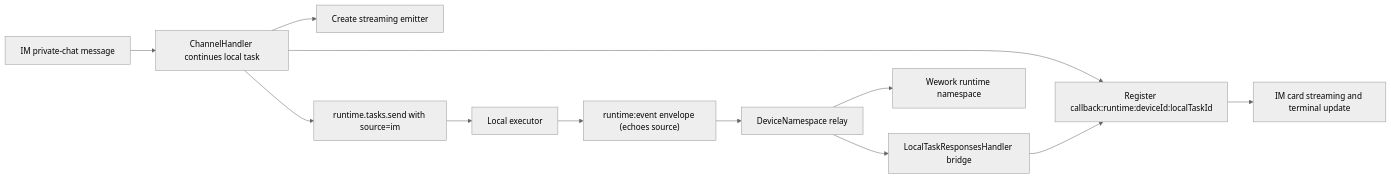
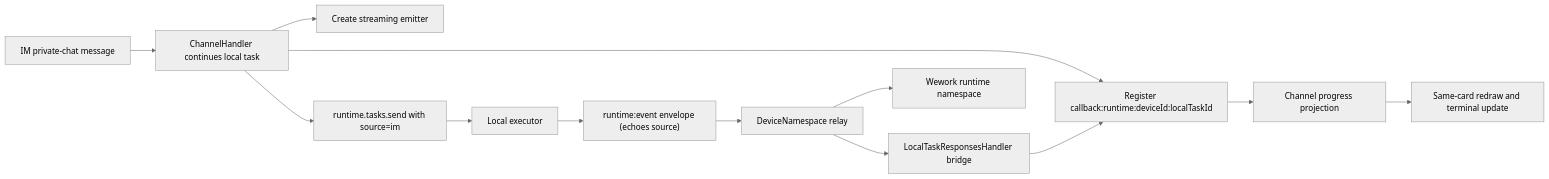
One commit to wecode-ai/wegent-docs changed the first of 2 diagrams in docs/architecture/im-runtime-streaming.md. Above: the diagram before and after it, drawn with Mermaid (neutral theme). The commit also changed other lines of this file and 3 other files, not shown here.

````diff
--- a/docs/architecture/im-runtime-streaming.md
+++ b/docs/architecture/im-runtime-streaming.md
@@ -9,14 +9,15 @@
 ```mermaid
 flowchart LR
     IM[IM private-chat message] --> HANDLER[ChannelHandler continues local task]
     HANDLER --> EMITTER[Create streaming emitter]
     HANDLER --> REG[Register callback:runtime:deviceId:localTaskId]
     HANDLER --> RPC[runtime.tasks.send with source=im]
     RPC --> EXEC[Local executor]
     EXEC --> ENV["runtime:event envelope (echoes source)"]
     ENV --> DEV[DeviceNamespace relay]
     DEV --> WEWORK[Wework runtime namespace]
     DEV --> BRIDGE[LocalTaskResponsesHandler bridge]
     BRIDGE --> REG
-    REG --> CARD[IM card streaming and terminal update]
+    REG --> PROJECT[Channel progress projection]
+    PROJECT --> CARD[Same-card redraw and terminal update]
 ```
````
